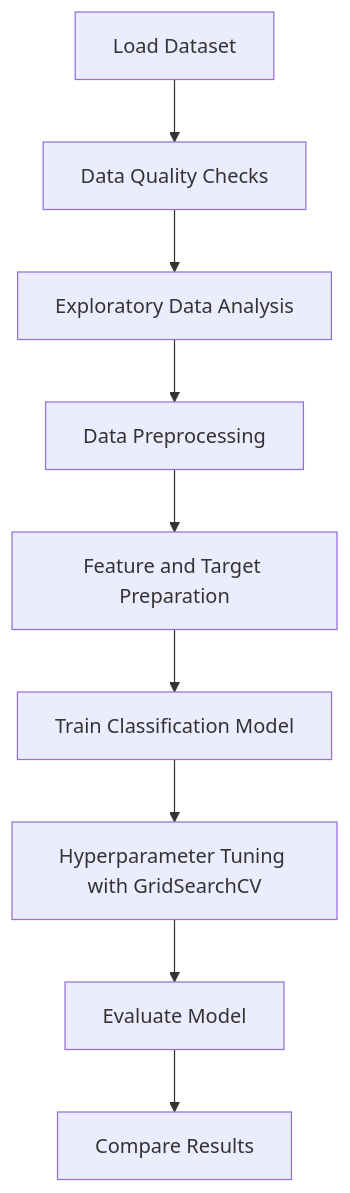
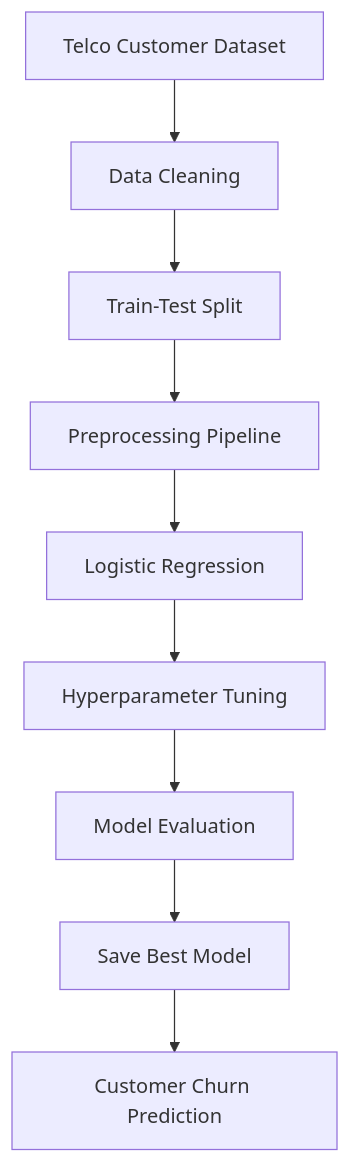
Before and after one commit to tanush090/Customer-Churn-Prediction-ML: the diagram in README.md, drawn with Mermaid. The commit also changed other lines of this file, not shown here.

````diff
--- a/README.md
+++ b/README.md
@@ -49,11 +60,11 @@
 ```mermaid
 flowchart TD
-    A[Load Dataset] --> B[Data Quality Checks]
-    B --> C[Exploratory Data Analysis]
-    C --> D[Data Preprocessing]
-    D --> E[Feature and Target Preparation]
-    E --> F[Train Classification Model]
-    F --> G[Hyperparameter Tuning with GridSearchCV]
-    G --> H[Evaluate Model]
-    H --> I[Compare Results]
+    A[Telco Customer Dataset] --> B[Data Cleaning]
+    B --> C[Train-Test Split]
+    C --> D[Preprocessing Pipeline]
+    D --> E[Logistic Regression]
+    E --> F[Hyperparameter Tuning]
+    F --> G[Model Evaluation]
+    G --> H[Save Best Model]
+    H --> I[Customer Churn Prediction]
 ```
````
